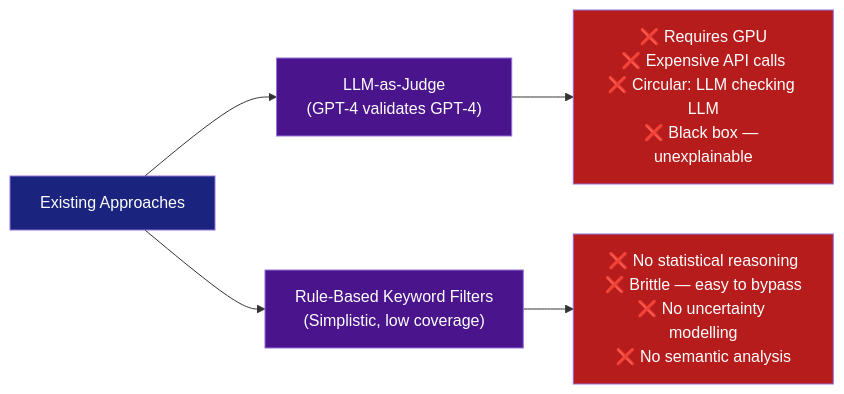
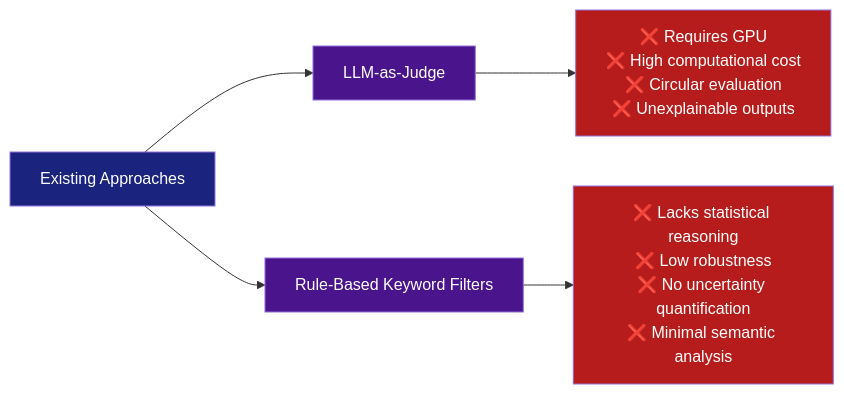
Before and after one commit to yogeshravi19/cliniguard: the second of 19 diagrams in CLINIGUARD_Project_Documentation_Report.md, drawn with Mermaid. The commit also changed other lines of this file and 1 other file, not shown here.

````diff
--- a/CLINIGUARD_Project_Documentation_Report.md
+++ b/CLINIGUARD_Project_Documentation_Report.md
@@ -108,13 +105,13 @@
 ```mermaid
 graph LR
-    A["Existing Approaches"] --> B["LLM-as-Judge\n(GPT-4 validates GPT-4)"]
-    A --> C["Rule-Based Keyword Filters\n(Simplistic, low coverage)"]
-    B --> D["❌ Requires GPU\n❌ Expensive API calls\n❌ Circular: LLM checking LLM\n❌ Black box — unexplainable"]
-    C --> E["❌ No statistical reasoning\n❌ Brittle — easy to bypass\n❌ No uncertainty modelling\n❌ No semantic analysis"]
+    A["Existing Approaches"] --> B["LLM-as-Judge"]
+    A --> C["Rule-Based Keyword Filters"]
+    B --> D["❌ Requires GPU\n❌ High computational cost\n❌ Circular evaluation\n❌ Unexplainable outputs"]
+    C --> E["❌ Lacks statistical reasoning\n❌ Low robustness\n❌ No uncertainty quantification\n❌ Minimal semantic analysis"]
 
     style A fill:#1a237e,color:#fff
     style B fill:#4a148c,color:#fff
     style C fill:#4a148c,color:#fff
     style D fill:#b71c1c,color:#fff
     style E fill:#b71c1c,color:#fff
 ```
````
